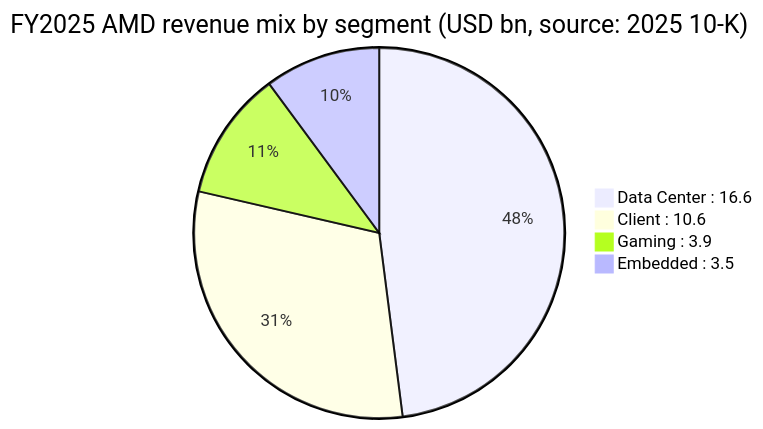
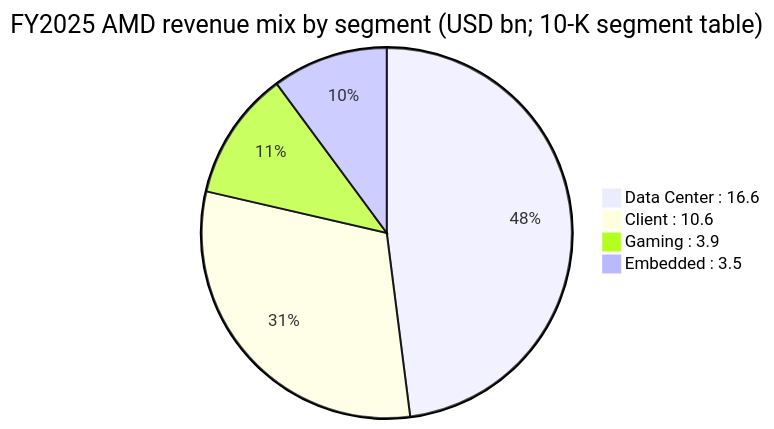
Before and after one commit to dadachundan/financial_agent: the third of 3 diagrams in reports/company/AMD_NASDAQ_AMD/AMD_NASDAQ_AMD_Research_Document.md, drawn with Mermaid. The commit also changed other lines of this file and 1 other file, not shown here.

````diff
--- a/reports/company/AMD_NASDAQ_AMD/AMD_NASDAQ_AMD_Research_Document.md
+++ b/reports/company/AMD_NASDAQ_AMD/AMD_NASDAQ_AMD_Research_Document.md
@@ -212,7 +270,7 @@
 ```mermaid
-pie title FY2025 AMD revenue mix by segment (USD bn, source: 2025 10-K)
+pie title FY2025 AMD revenue mix by segment (USD bn; 10-K segment table)
     "Data Center : 16.6" : 16.6
     "Client : 10.6" : 10.6
     "Gaming : 3.9" : 3.9
     "Embedded : 3.5" : 3.5
 ```
````
